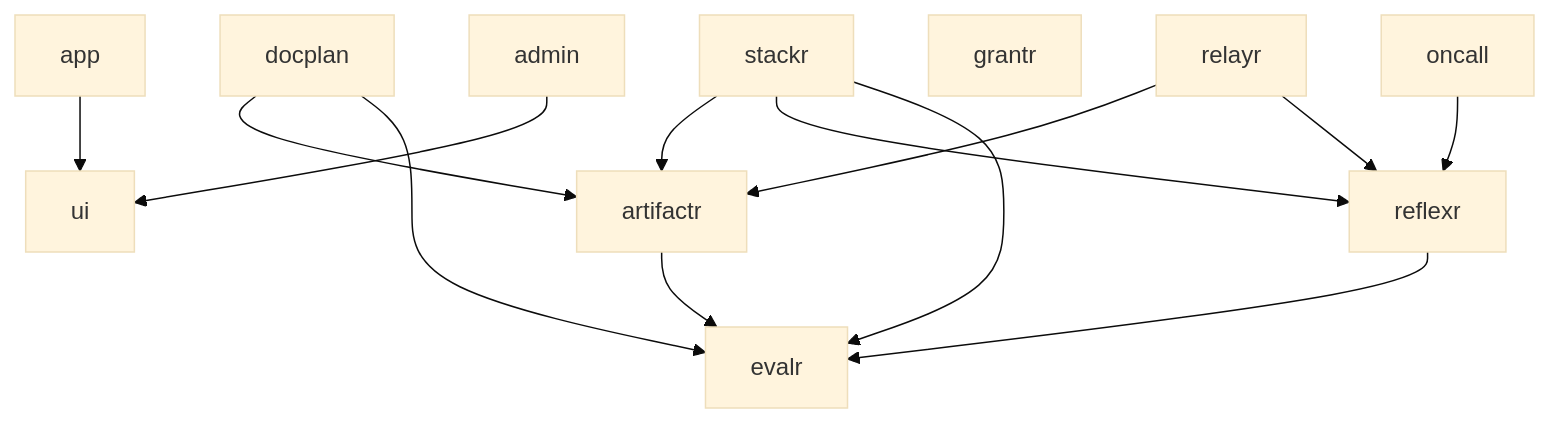
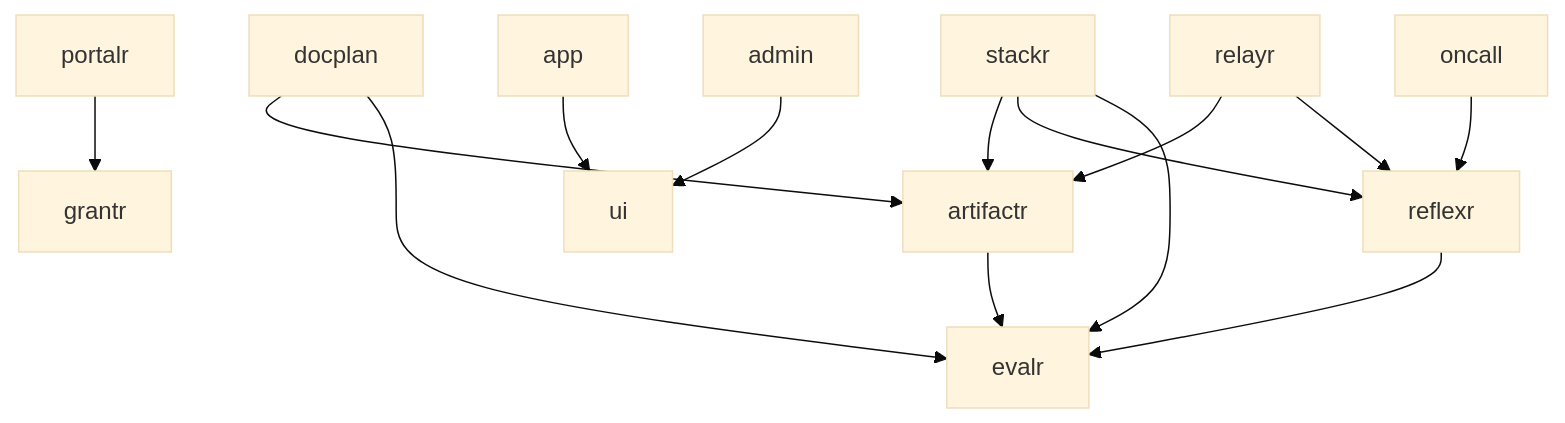
Before and after one commit to alexnodeland/lattice: the diagram in docs/architecture.md, drawn with Mermaid (base theme). The commit also changed other lines of this file and 45 other files, not shown here.

````diff
--- a/docs/architecture.md
+++ b/docs/architecture.md
@@ -81,16 +81,17 @@
 ```mermaid
 graph TD
     relayr --> artifactr
     relayr --> reflexr
     docplan --> artifactr
     docplan --> evalr
     oncall --> reflexr
     stackr --> artifactr
     stackr --> reflexr
     stackr --> evalr
     artifactr --> evalr
     reflexr --> evalr
     grantr
+    portalr --> grantr
     app --> ui
     admin --> ui
 ```
````
